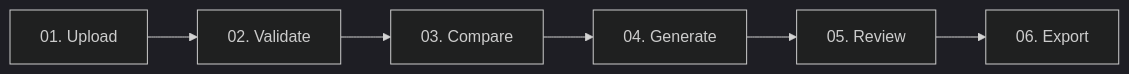
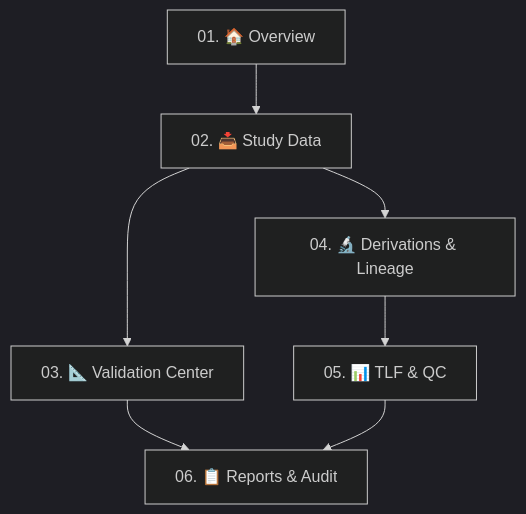
Before and after one commit to NarasimhaMachineni/clinical-ai-agent: the diagram in README.md, drawn with Mermaid (dark theme). The commit also changed other lines of this file and 8 other files, not shown here.

````diff
--- a/README.md
+++ b/README.md
@@ -25,8 +27,9 @@
 ```mermaid
-flowchart LR
-    UP["01. Upload"] --> VAL["02. Validate"]
-    VAL --> COMP["03. Compare"]
-    COMP --> GEN["04. Generate"]
-    GEN --> REV["05. Review"]
-    REV --> EXP["06. Export"]
+flowchart TD
+    W1["01. 🏠 Overview"] --> W2["02. 📥 Study Data"]
+    W2 --> W3["03. 📐 Validation Center"]
+    W2 --> W4["04. 🔬 Derivations & Lineage"]
+    W4 --> W5["05. 📊 TLF & QC"]
+    W3 --> W6["06. 📋 Reports & Audit"]
+    W5 --> W6
 ```
````
